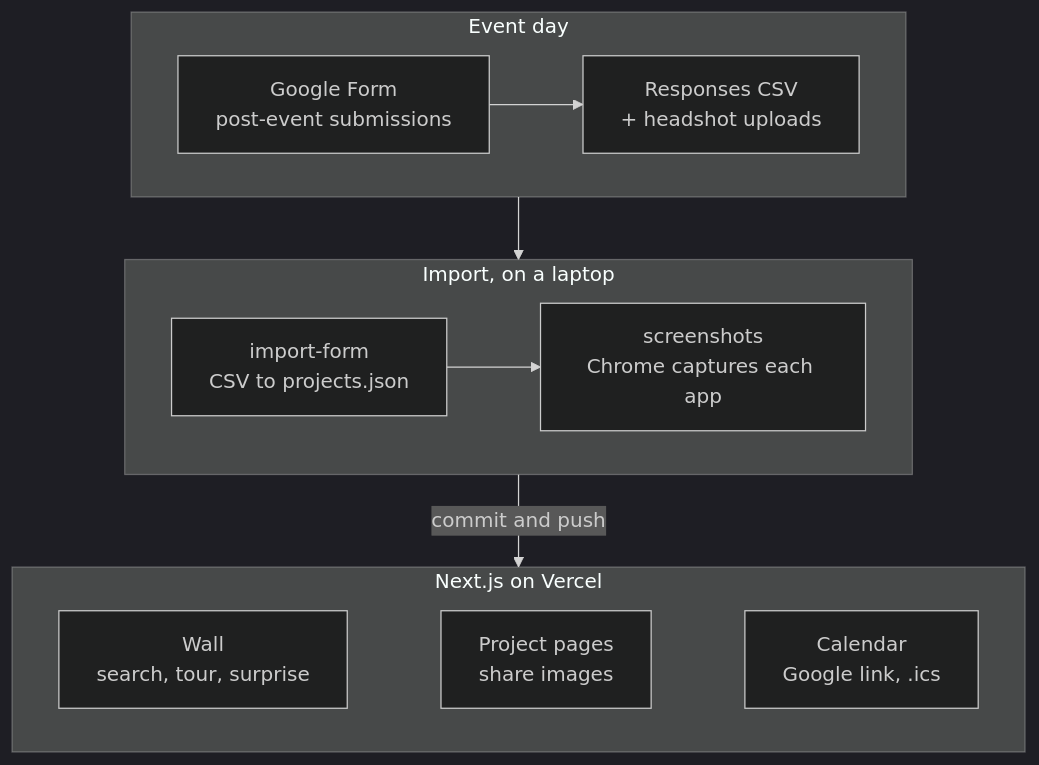
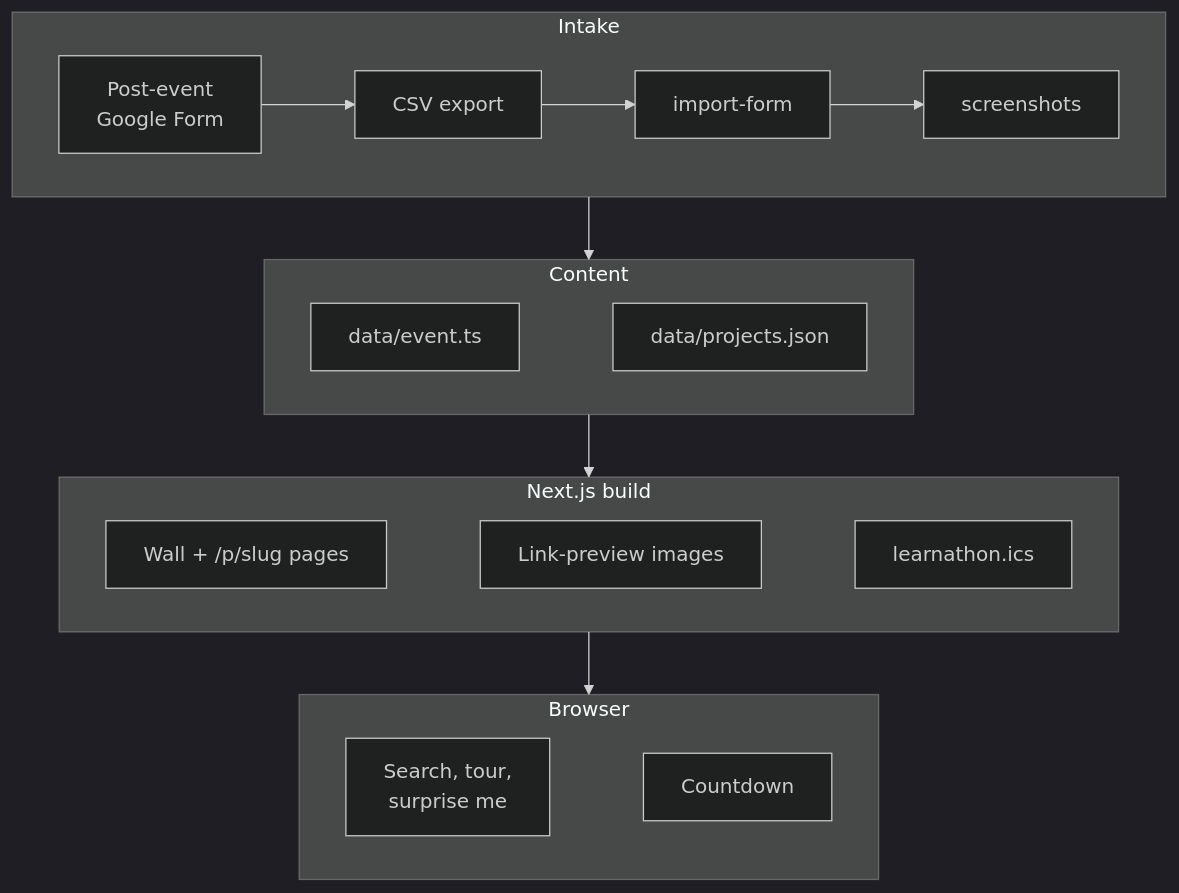
Before and after one commit to bhnsadhu/replit-learnathon: the diagram in README.md, drawn with Mermaid (dark theme). The commit also changed other lines of this file and 4 other files, not shown here.

````diff
--- a/README.md
+++ b/README.md
@@ -40,17 +40,20 @@
 ```mermaid
 flowchart TD
-  subgraph forms["Event day"]
+  subgraph Intake["Intake"]
     direction LR
-    form["Google Form<br/>post-event submissions"] --> csv["Responses CSV<br/>+ headshot uploads"]
+    form["Post-event<br/>Google Form"] --> csv["CSV export"] --> imp["import-form"] --> shots["screenshots"]
   end
-  subgraph pipe["Import, on a laptop"]
+  subgraph Source["Content"]
     direction LR
-    imp["import-form<br/>CSV to projects.json"] --> shots["screenshots<br/>Chrome captures each app"]
+    event["data/event.ts"] ~~~ json["data/projects.json"]
   end
-  subgraph site["Next.js on Vercel"]
+  subgraph Build["Next.js build"]
     direction LR
-    wall["Wall<br/>search, tour, surprise"] ~~~ pages["Project pages<br/>share images"] ~~~ cal["Calendar<br/>Google link, .ics"]
+    pages["Wall + /p/slug pages"] ~~~ og["Link-preview images"] ~~~ ics["learnathon.ics"]
   end
-  forms --> pipe
-  pipe -->|"commit and push"| site
+  subgraph Browser["Browser"]
+    direction LR
+    wall["Search, tour,<br/>surprise me"] ~~~ clock["Countdown"]
+  end
+  Intake --> Source --> Build --> Browser
 ```
````
